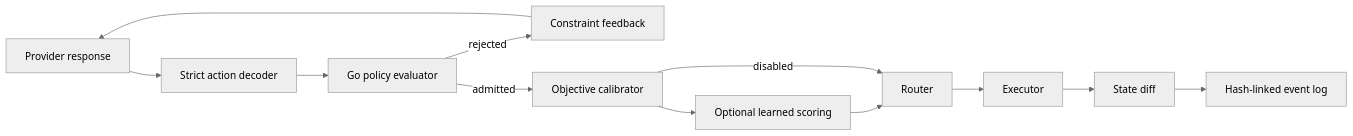
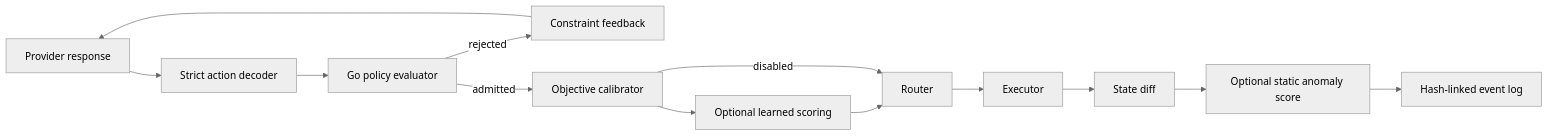
Before and after one commit to darshgarg7/Bouncer: the diagram in docs/DEVELOPMENT.md, drawn with Mermaid (neutral theme). The commit also changed other lines of this file and 35 other files, not shown here.

Commit message:
Promote static anomaly scoring to runtime gates

````diff
--- a/docs/DEVELOPMENT.md
+++ b/docs/DEVELOPMENT.md
@@ -21,14 +24,15 @@
 ```mermaid
 flowchart LR
     A["Provider response"] --> B["Strict action decoder"]
     B --> C["Go policy evaluator"]
     C -->|"rejected"| F["Constraint feedback"]
     F --> A
     C -->|"admitted"| K["Objective calibrator"]
     K --> ML["Optional learned scoring"]
     ML --> D["Router"]
     K -->|"disabled"| D
     D --> E["Executor"]
     E --> G["State diff"]
-    G --> H["Hash-linked event log"]
+    G --> N["Optional static anomaly score"]
+    N --> H["Hash-linked event log"]
 ```
````
